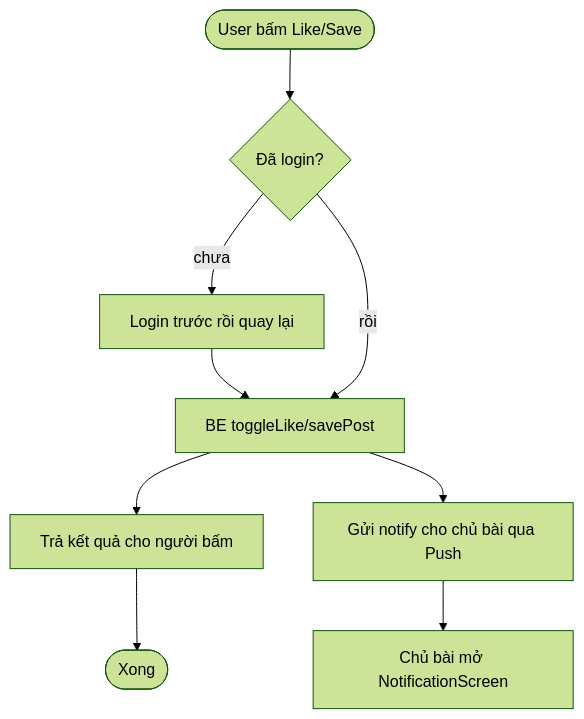
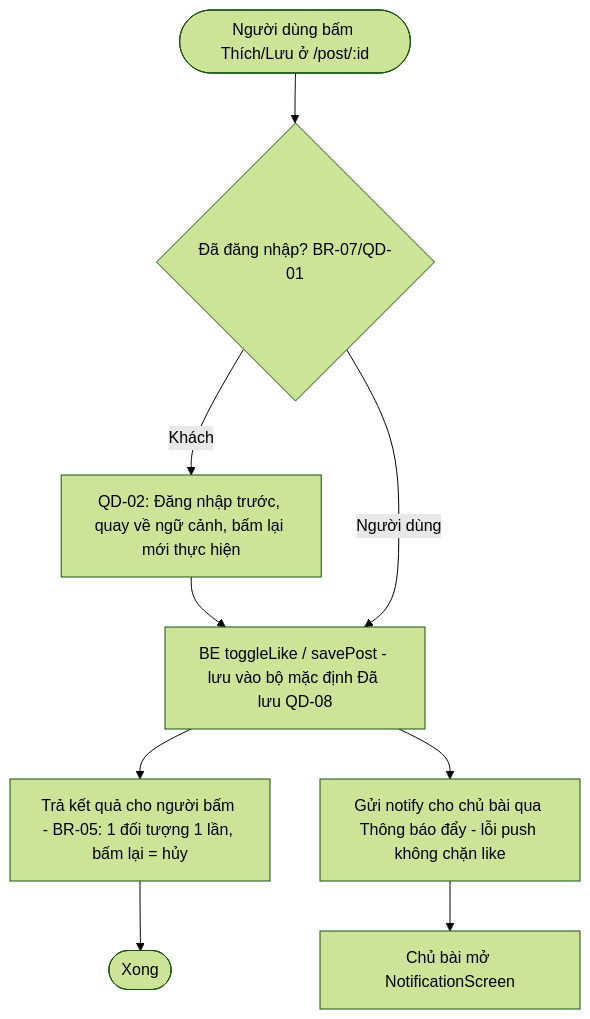
One commit to anqp5002/ToMateTo changed the second of 5 diagrams in docs/phase1-requirements/2.2_process_flows_BE.md. Above: the diagram before and after it, drawn with Mermaid (forest theme). The commit also changed other lines of this file, not shown here.

Commit message:
docs(s1): sua process flows BE theo catalog lead UC-07/13/14/15/18/19

````diff
--- a/docs/phase1-requirements/2.2_process_flows_BE.md
+++ b/docs/phase1-requirements/2.2_process_flows_BE.md
@@ -28,11 +44,11 @@
 ```mermaid
 flowchart TB
-  U1([User bấm Like/Save]) --> A1{Đã login?}
-  A1 -- chưa --> L[Login trước rồi quay lại]
+  U1([Người dùng bấm Thích/Lưu ở /post/:id]) --> A1{Đã đăng nhập? BR-07/QD-01}
+  A1 -- Khách --> L[QD-02: Đăng nhập trước, quay về ngữ cảnh, bấm lại mới thực hiện]
   L --> B1
-  A1 -- rồi --> B1[BE toggleLike/savePost]
-  B1 --> P1[Trả kết quả cho người bấm]
-  B1 --> P2[Gửi notify cho chủ bài qua Push]
+  A1 -- Người dùng --> B1[BE toggleLike / savePost - lưu vào bộ mặc định Đã lưu QD-08]
+  B1 --> P1[Trả kết quả cho người bấm - BR-05: 1 đối tượng 1 lần, bấm lại = hủy]
+  B1 --> P2[Gửi notify cho chủ bài qua Thông báo đẩy - lỗi push không chặn like]
   P1 --> END([Xong])
   P2 --> N1[Chủ bài mở NotificationScreen]
 ```
````
